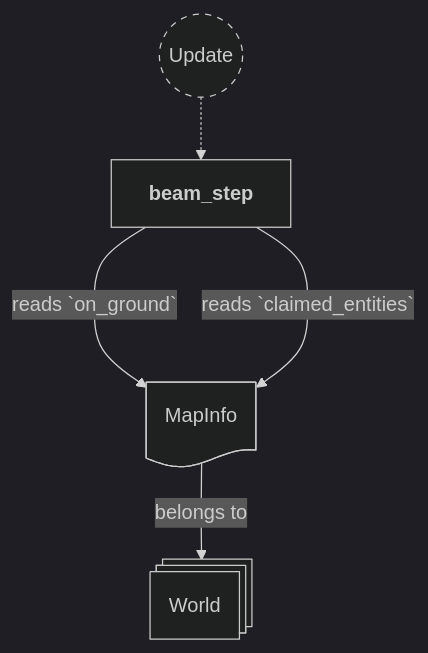
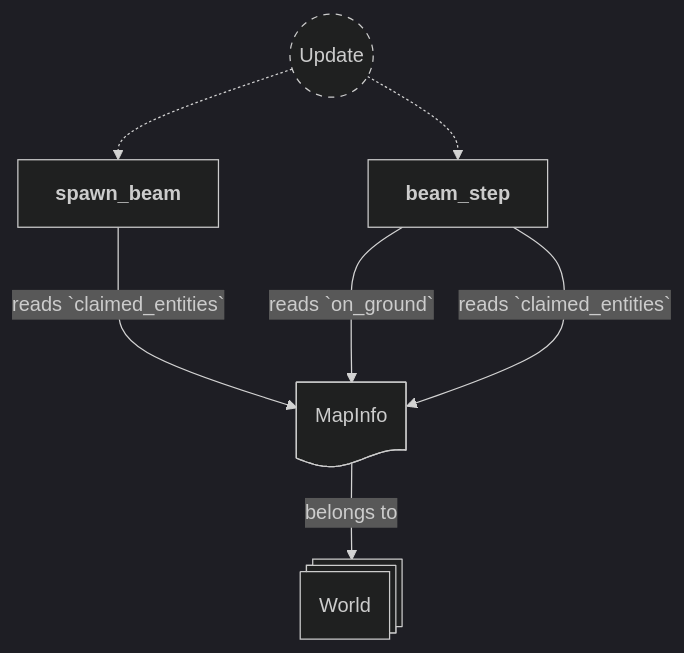
Before and after one commit to neurosoup/tyled: the fourth of 12 diagrams in backlog/docs/doc-7 - 006-Beam-plugin.md, drawn with Mermaid. The commit also changed other lines of this file and 3 other files, not shown here.

````diff
--- a/backlog/docs/doc-7 - 006-Beam-plugin.md
+++ b/backlog/docs/doc-7 - 006-Beam-plugin.md
@@ -175,22 +188,25 @@
 ```mermaid
 ---
 config:
   theme: dark
 ---
 
 flowchart TD
 classDef system-group stroke-dasharray: 5 5
 
 update(("`Update`")):::system-group
+spawn_beam["`**spawn_beam**`"]
 beam_step["`**beam_step**`"]
 
+update -.-> spawn_beam
 update -.-> beam_step
 
 world@{ shape: st-rect, label: "World" }
 map_info_res@{ shape: doc, label: "MapInfo" }
 
 map_info_res --> |belongs to| world
 
+spawn_beam ---> |reads `claimed_entities`| map_info_res
 beam_step ---> |reads `on_ground`| map_info_res
 beam_step ---> |reads `claimed_entities`| map_info_res
 ```
````
